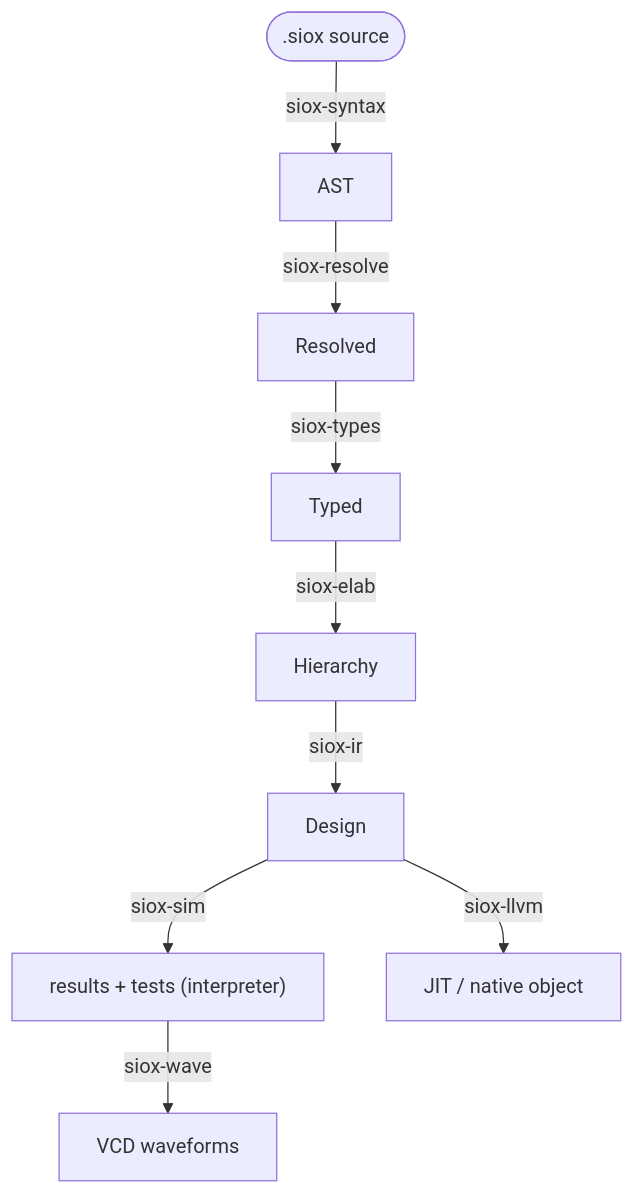
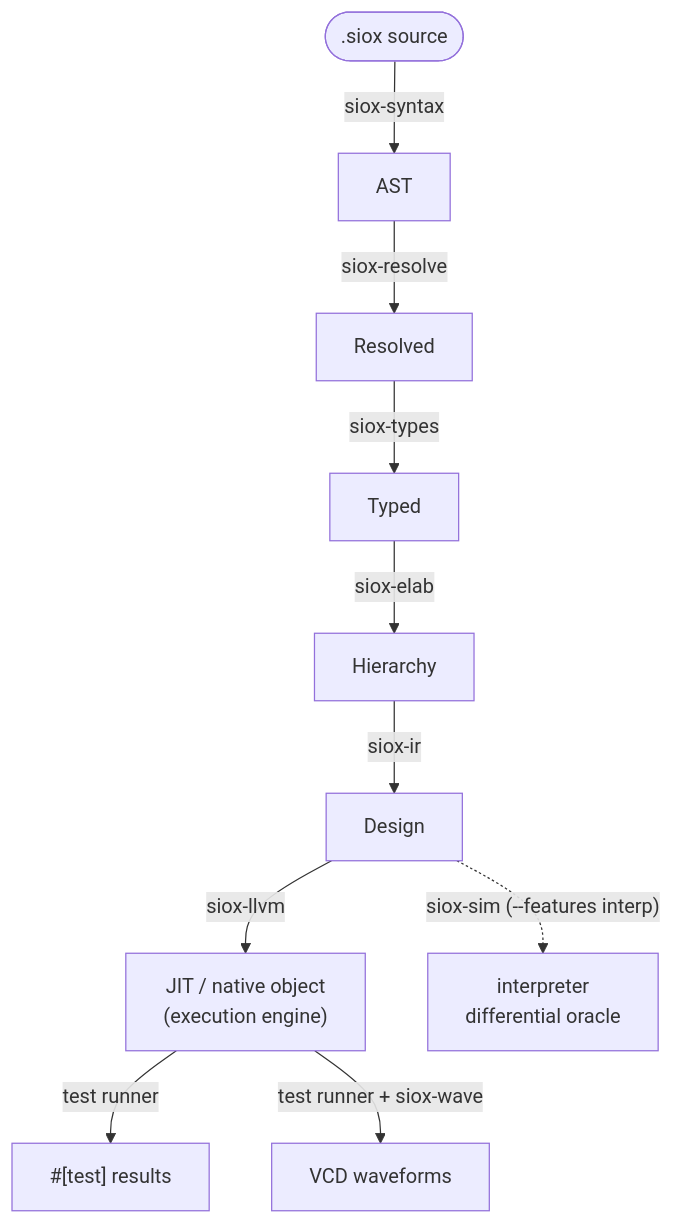
The diagram in docs/README.md (Siox-lang/sioxc), drawn with Mermaid before and after one commit. The commit also changed other lines of this file and 1 other file, not shown here.

First line of the commit message:
docs: fix pipeline graphs — LLVM is the engine, sim is the oracle

````diff
--- a/docs/README.md
+++ b/docs/README.md
@@ -27,11 +27,12 @@
 ```mermaid
 flowchart TD
     SRC([".siox source"]) -->|siox-syntax| AST[AST]
     AST -->|siox-resolve| RES[Resolved]
     RES -->|siox-types| TY[Typed]
     TY -->|siox-elab| HIER[Hierarchy]
     HIER -->|siox-ir| IR[Design]
-    IR -->|siox-sim| SIM["results + tests (interpreter)"]
-    IR -->|siox-llvm| NAT["JIT / native object"]
-    SIM -->|siox-wave| VCD[VCD waveforms]
+    IR -->|siox-llvm| ENG["JIT / native object<br/>(execution engine)"]
+    ENG -->|test runner| OUT["#[test] results"]
+    ENG -->|"test runner + siox-wave"| VCD[VCD waveforms]
+    IR -.->|"siox-sim (--features interp)"| ORACLE["interpreter<br/>differential oracle"]
 ```
````
